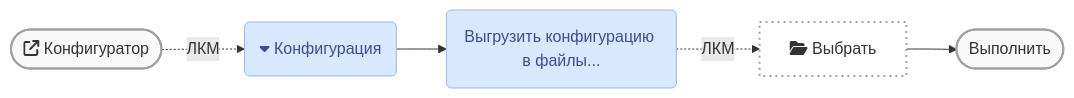
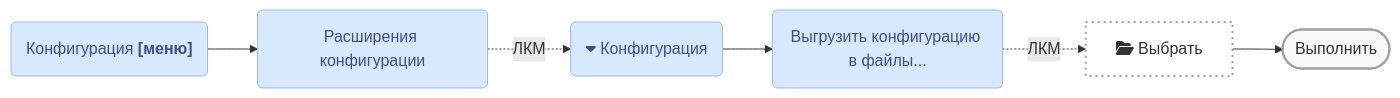
Before and after one commit to kc-doam/manual: the second of 2 diagrams in faq/1cd_crash/export-extension-files.md, drawn with Mermaid. The commit also changed other lines of this file and 7 other files, not shown here.

````diff
--- a/faq/1cd_crash/export-extension-files.md
+++ b/faq/1cd_crash/export-extension-files.md
@@ -36,15 +40,16 @@
 ``` mermaid
 graph LR
   %% https://mermaid-js.github.io/mermaid-live-editor/
   %% https://fontawesome.ru/all-icons/
-  b1([fa:fa-external-link Конфигуратор]) -.-> |ЛКМ| m1
-  m1(fa:fa-caret-down Конфигурация) --> m2
-  m2(Выгрузить конфигурацию в файлы...) -.-> |ЛКМ| element
-  element[fa:fa-folder-open Выбрать] --> b2
-  b2([Выполнить])
+  m1("Конфигурация <b>[меню]</b>") --> m2
+  m2(Расширения конфигурации) -.-> |ЛКМ| m3
+  m3(fa:fa-caret-down Конфигурация) --> m4
+  m4(Выгрузить конфигурацию в файлы...) -.-> |ЛКМ| element
+  element[fa:fa-folder-open Выбрать] --> b1
+  b1([Выполнить])
   classDef button fill:#f9f9f9,stroke:#a0a0a0,stroke-width:2px
   style element fill:#fff,stroke:#a0a0a0,stroke-width:2px,stroke-dasharray:2 4
   classDef confmenu fill:#d6e9ff,stroke:#9eb6e9,stroke-width:1px,color:#3d4e8f
-  class m1,m2 confmenu
-  class b1,b2 button
+  class m1,m2,m3,m4 confmenu
+  class b1 button
 ```
````
